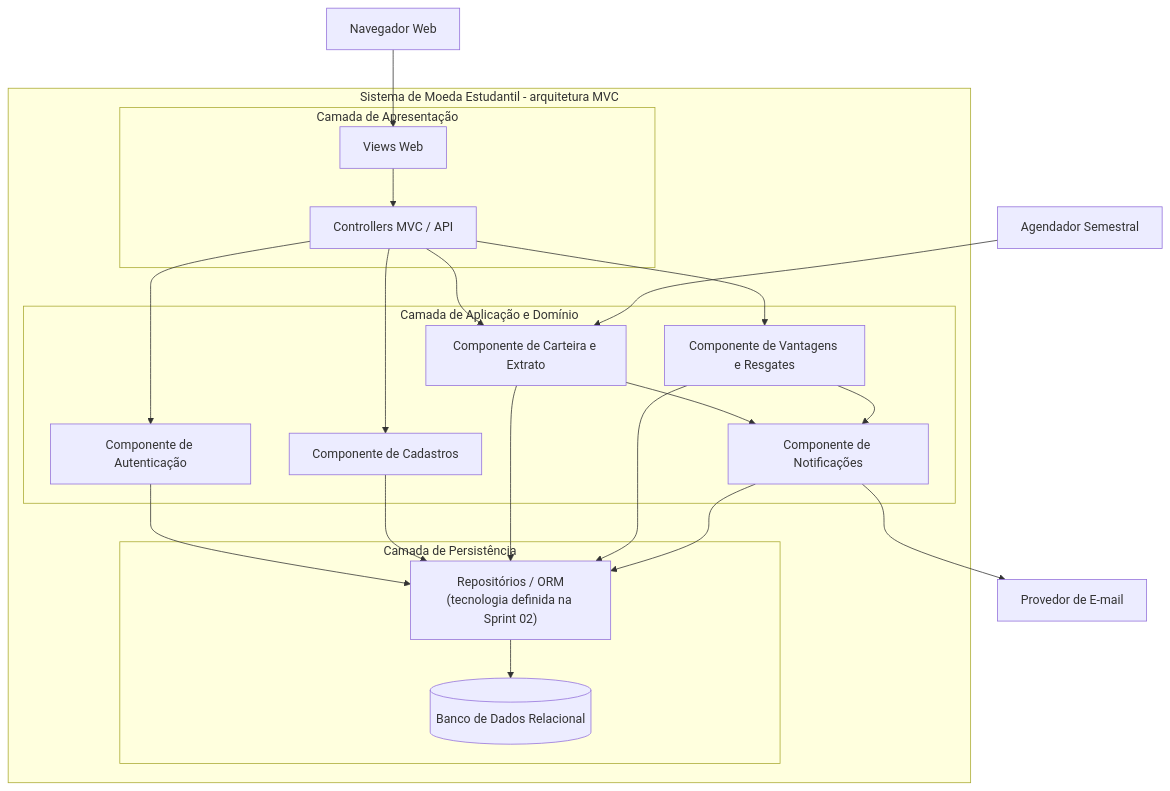
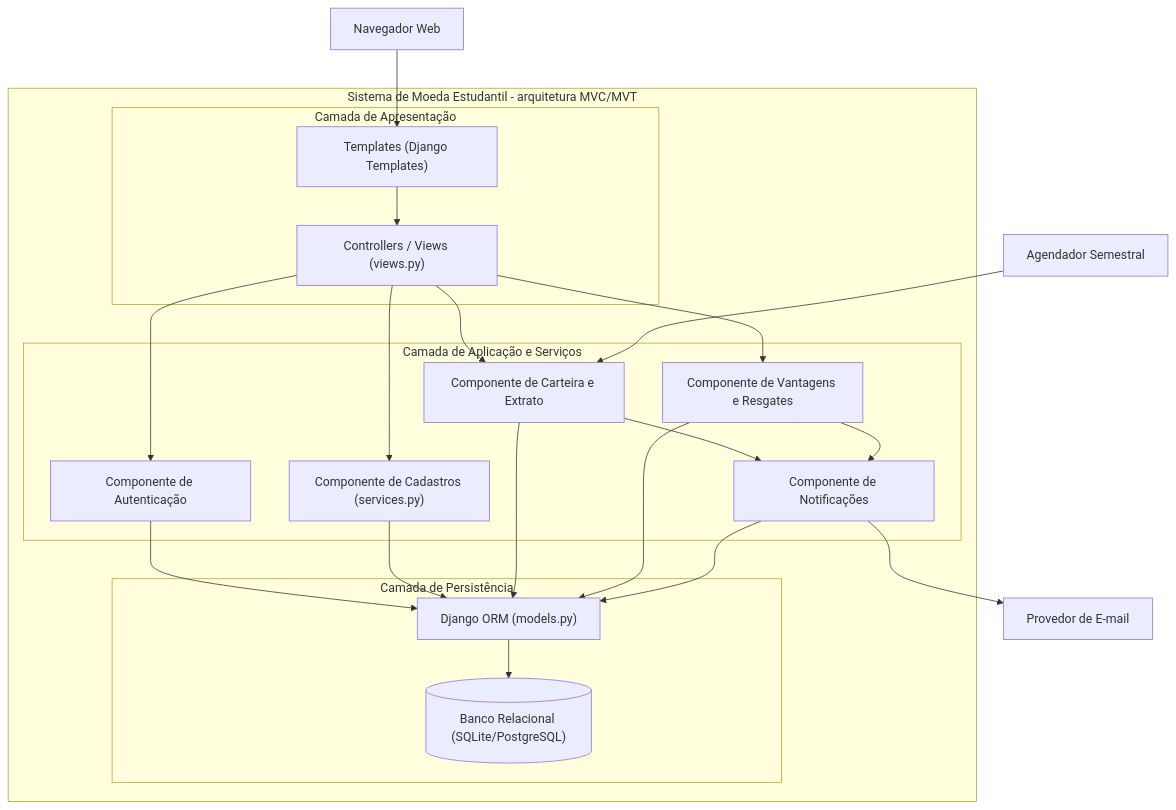
The fifth of 5 diagrams in README.md (antoniiorabelo/SistemaDeMoedaEstudantil), drawn with Mermaid before and after one commit. The commit also changed other lines of this file, not shown here.

````diff
--- a/README.md
+++ b/README.md
@@ -352,43 +638,43 @@
 ```mermaid
 flowchart TB
     browser["Navegador Web"]
     scheduler["Agendador Semestral"]
     mail["Provedor de E-mail"]
 
-    subgraph app["Sistema de Moeda Estudantil - arquitetura MVC"]
+    subgraph app["Sistema de Moeda Estudantil - arquitetura MVC/MVT"]
         subgraph presentation["Camada de Apresentação"]
-            views["Views Web"]
-            controllers["Controllers MVC / API"]
+            views["Templates (Django Templates)"]
+            controllers["Controllers / Views (views.py)"]
         end
 
-        subgraph application["Camada de Aplicação e Domínio"]
+        subgraph application["Camada de Aplicação e Serviços"]
             auth["Componente de Autenticação"]
-            cadastro["Componente de Cadastros"]
+            cadastro["Componente de Cadastros (services.py)"]
             carteira["Componente de Carteira e Extrato"]
             vantagens["Componente de Vantagens e Resgates"]
             notificacao["Componente de Notificações"]
         end
 
         subgraph persistence["Camada de Persistência"]
-            repositories["Repositórios / ORM\n(tecnologia definida na Sprint 02)"]
-            db[("Banco de Dados Relacional")]
+            repositories["Django ORM (models.py)"]
+            db[("Banco Relacional (SQLite/PostgreSQL)")]
         end
     end
 
     browser --> views
     views --> controllers
     controllers --> auth
     controllers --> cadastro
     controllers --> carteira
     controllers --> vantagens
     scheduler --> carteira
     carteira --> notificacao
     vantagens --> notificacao
     notificacao --> mail
     auth --> repositories
     cadastro --> repositories
     carteira --> repositories
     vantagens --> repositories
     notificacao --> repositories
     repositories --> db
 ```
````
